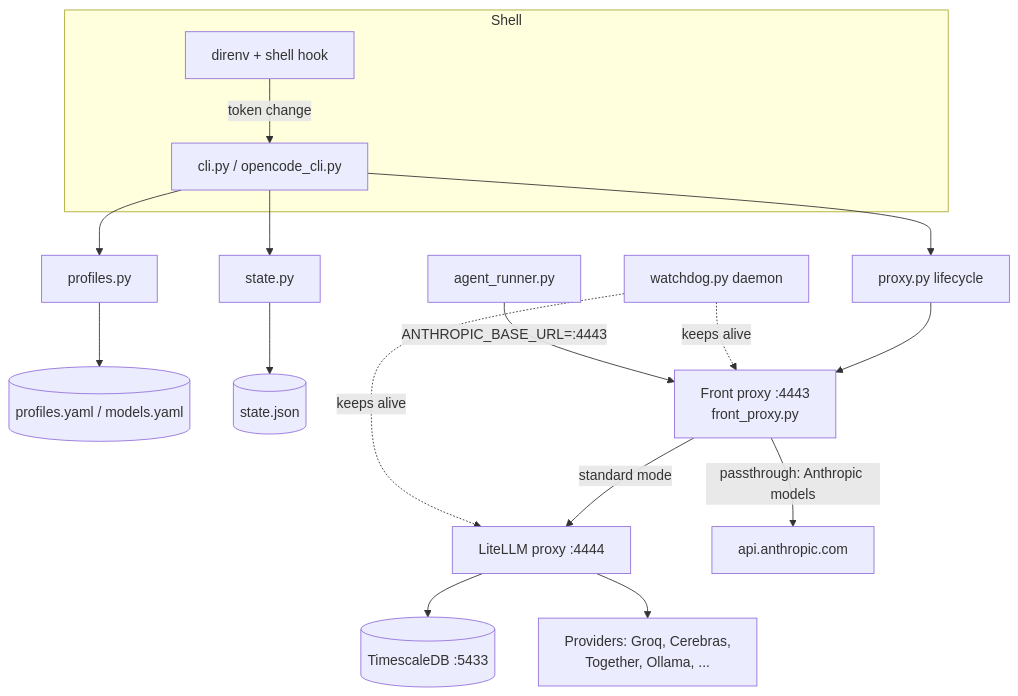
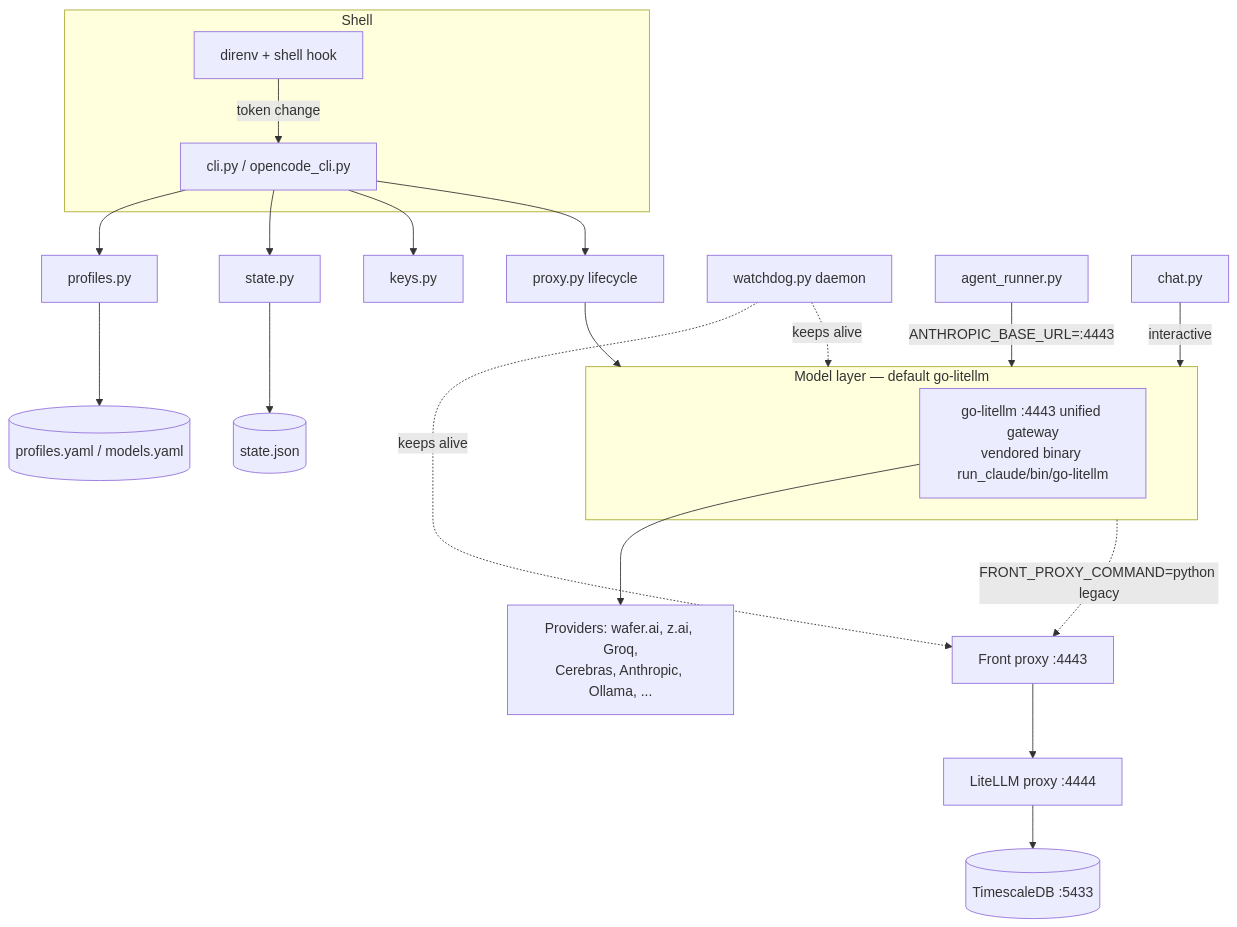
Before and after one commit to noizu/run-claude: the diagram in docs/PROJ-ARCH.md, drawn with Mermaid. The commit also changed other lines of this file and 9 other files, not shown here.

````diff
--- a/docs/PROJ-ARCH.md
+++ b/docs/PROJ-ARCH.md
@@ -9,19 +9,23 @@
 ```mermaid
 graph TB
     subgraph Shell
         H[direnv + shell hook] -->|token change| CLI
     end
     CLI[cli.py / opencode_cli.py] --> P[profiles.py]
     CLI --> S[state.py]
+    CLI --> K[keys.py]
     CLI --> PX[proxy.py lifecycle]
     P --> Y[(profiles.yaml / models.yaml)]
     S --> J[(state.json)]
-    PX --> FP[Front proxy :4443<br/>front_proxy.py]
-    FP -->|standard mode| LL[LiteLLM proxy :4444]
-    FP -->|passthrough: Anthropic models| ANT[api.anthropic.com]
+    PX --> GW
+    subgraph GW[Model layer — default go-litellm]
+        GO[go-litellm :4443 unified gateway<br/>vendored binary run_claude/bin/go-litellm]
+    end
+    GO --> PR[Providers: wafer.ai, z.ai, Groq,<br/>Cerebras, Anthropic, Ollama, ...]
+    GW -.FRONT_PROXY_COMMAND=python legacy.-> FP[Front proxy :4443] --> LL[LiteLLM proxy :4444]
     LL --> DB[(TimescaleDB :5433)]
-    LL --> PR[Providers: Groq, Cerebras,<br/>Together, Ollama, ...]
-    W[watchdog.py daemon] -.keeps alive.-> FP
-    W -.keeps alive.-> LL
-    AR[agent_runner.py] -->|ANTHROPIC_BASE_URL=:4443| FP
+    W[watchdog.py daemon] -.keeps alive.-> GW
+    W -.keeps alive.-> FP
+    AR[agent_runner.py] -->|ANTHROPIC_BASE_URL=:4443| GW
+    CH[chat.py] -->|interactive| GW
 ```
````
